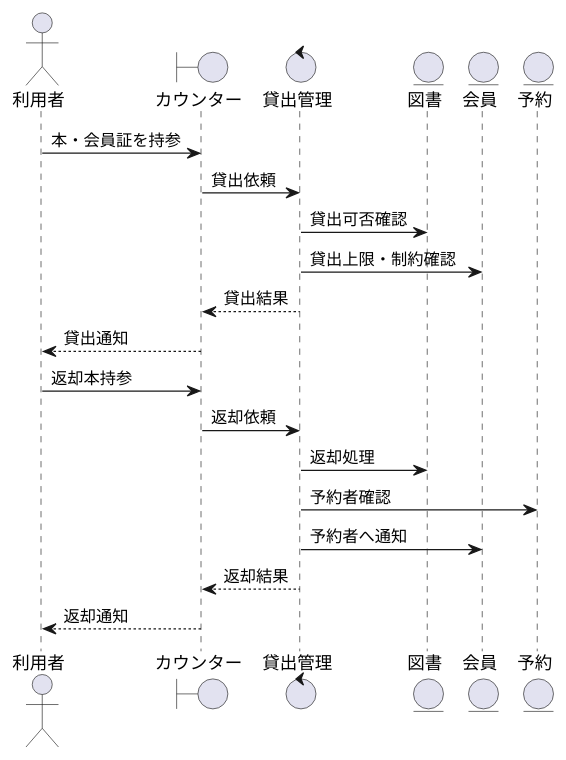
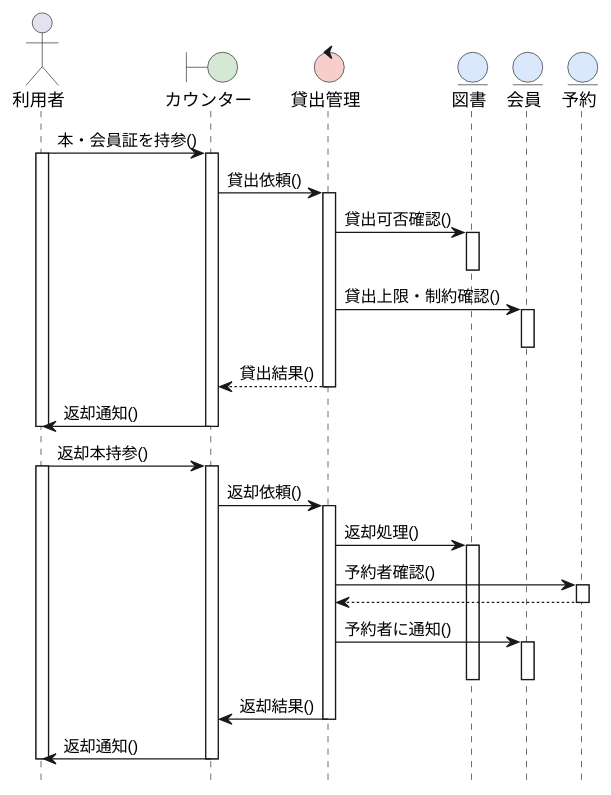
The diagram in group/exam1_2_2/koukakashi.pu (takano1228/ohara_uml), drawn with PlantUML before and after one commit. The commit also changed 1 other file, not shown here.

```diff
--- a/group/exam1_2_2/koukakashi.pu
+++ b/group/exam1_2_2/koukakashi.pu
@@ -1,23 +1,61 @@
-@startuml kouka_robustness
-actor 利用者
-boundary カウンター
-control 貸出管理
-entity 図書
-entity 会員
-entity 予約
+@startuml 図書館システムシーケンス図
+hide footbox
+skinparam boundaryBackgroundColor #D5E8D4
+skinparam controlBackgroundColor  #F8CECC
+skinparam entityBackgroundColor   #DAE8FC
 
-利用者 -> カウンター : 本・会員証を持参
-カウンター -> 貸出管理 : 貸出依頼
-貸出管理 -> 図書 : 貸出可否確認
-貸出管理 -> 会員 : 貸出上限・制約確認
-貸出管理 --> カウンター : 貸出結果
-カウンター --> 利用者 : 貸出通知
+actor 利用者 as A
+boundary カウンター as B1
+control 貸出管理 as C1
+entity 図書 as E1
+entity 会員 as E2
+entity 予約 as E3
 
-利用者 -> カウンター : 返却本持参
-カウンター -> 貸出管理 : 返却依頼
-貸出管理 -> 図書 : 返却処理
-貸出管理 -> 予約 : 予約者確認
-貸出管理 -> 会員 : 予約者へ通知
-貸出管理 --> カウンター : 返却結果
-カウンター --> 利用者 : 返却通知
+A -> B1: 本・会員証を持参()
+activate A
+activate B1
+
+B1 -> C1: 貸出依頼()
+activate C1
+
+C1 -> E1: 貸出可否確認()
+activate E1
+deactivate E1
+
+C1 -> E2:貸出上限・制約確認()
+activate E2
+deactivate E2
+
+C1 --> B1: 貸出結果()
+deactivate C1
+B1 -> A: 返却通知()
+deactivate A
+deactivate B1
+
+A -> B1: 返却本持参()
+activate A
+activate B1
+
+B1 -> C1: 返却依頼()
+activate C1
+
+
+C1 -> E1: 返却処理()
+activate E1
+
+C1 -> E3: 予約者確認()
+activate E3
+E3 --> C1
+deactivate E3
+C1 -> E2: 予約者に通知()
+activate E2
+deactivate E2
+deactivate E1
+
+C1 -> B1:返却結果()
+deactivate C1
+B1 -> A:返却通知()
+deactivate B1
+deactivate A
+
 @enduml
```
